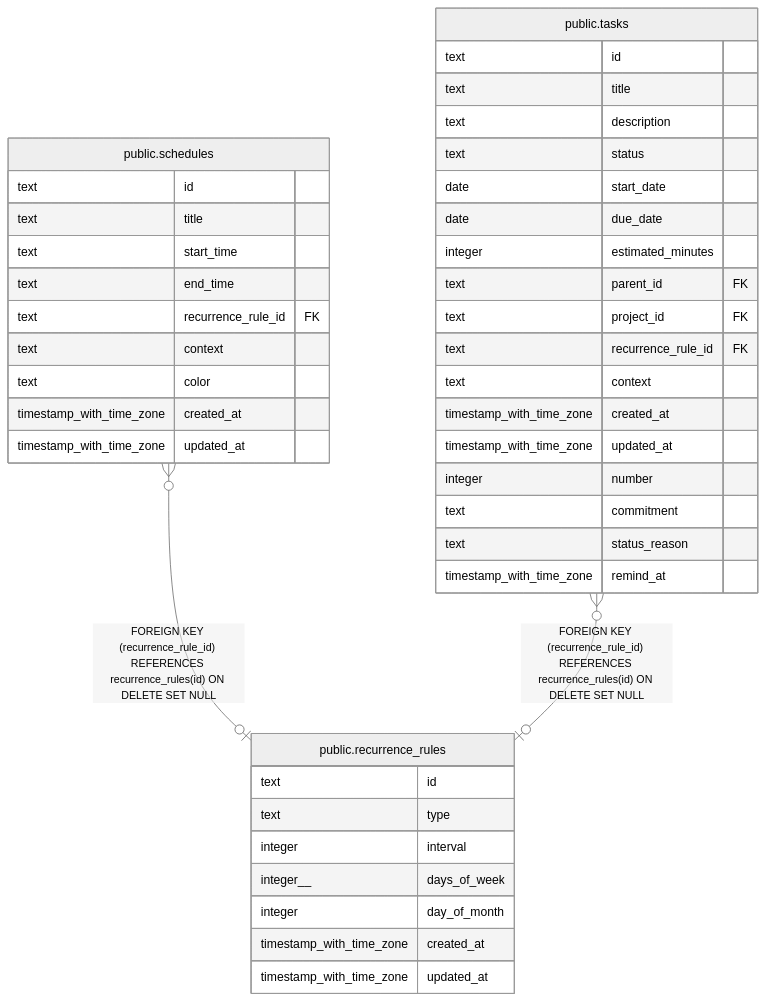
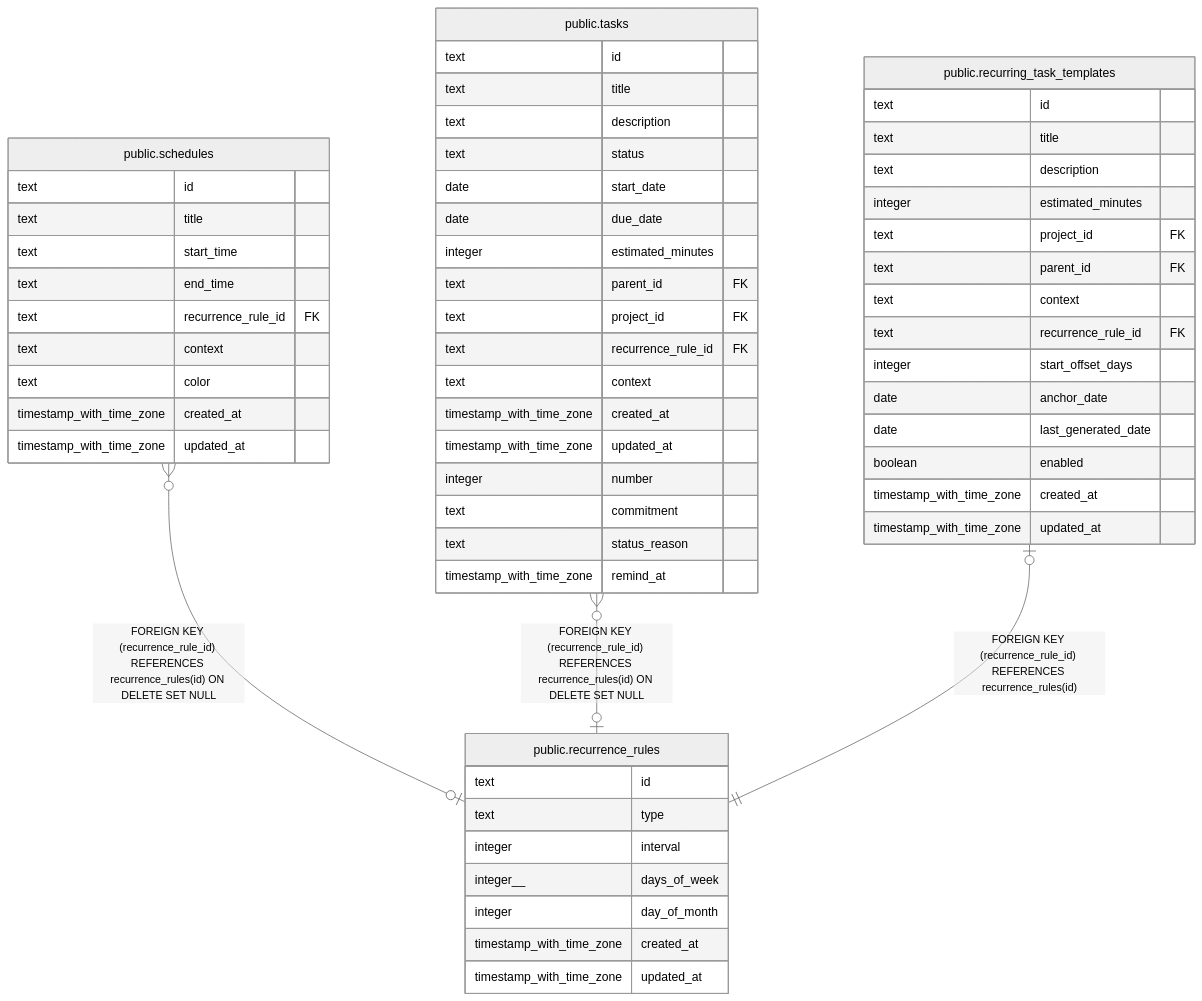
One commit to fohte/tq changed the diagram in docs/db/public.recurrence_rules.md. Above: the diagram before and after it, drawn with Mermaid (neutral theme). The commit also changed other lines of this file and 21 other files, not shown here.

Commit message:
api: add recurring task template definitions and CRUD APIs (#656)

````diff
--- a/docs/db/public.recurrence_rules.md
+++ b/docs/db/public.recurrence_rules.md
@@ -29,46 +29,63 @@
 ```mermaid
 erDiagram
 
 "public.schedules" }o--o| "public.recurrence_rules" : "FOREIGN KEY (recurrence_rule_id) REFERENCES recurrence_rules(id) ON DELETE SET NULL"
 "public.tasks" }o--o| "public.recurrence_rules" : "FOREIGN KEY (recurrence_rule_id) REFERENCES recurrence_rules(id) ON DELETE SET NULL"
+"public.recurring_task_templates" |o--|| "public.recurrence_rules" : "FOREIGN KEY (recurrence_rule_id) REFERENCES recurrence_rules(id)"
 
 "public.recurrence_rules" {
   text id
   text type
   integer interval
   integer__ days_of_week
   integer day_of_month
   timestamp_with_time_zone created_at
   timestamp_with_time_zone updated_at
 }
 "public.schedules" {
   text id
   text title
   text start_time
   text end_time
   text recurrence_rule_id FK
   text context
   text color
   timestamp_with_time_zone created_at
   timestamp_with_time_zone updated_at
 }
 "public.tasks" {
   text id
   text title
   text description
   text status
   date start_date
   date due_date
   integer estimated_minutes
   text parent_id FK
   text project_id FK
   text recurrence_rule_id FK
   text context
   timestamp_with_time_zone created_at
   timestamp_with_time_zone updated_at
   integer number
   text commitment
   text status_reason
   timestamp_with_time_zone remind_at
 }
+"public.recurring_task_templates" {
+  text id
+  text title
+  text description
+  integer estimated_minutes
+  text project_id FK
+  text parent_id FK
+  text context
+  text recurrence_rule_id FK
+  integer start_offset_days
+  date anchor_date
+  date last_generated_date
+  boolean enabled
+  timestamp_with_time_zone created_at
+  timestamp_with_time_zone updated_at
+}
 ```
````
